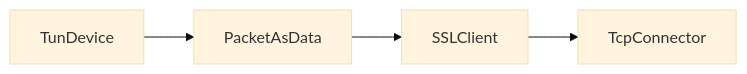
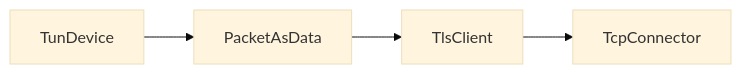
Before and after one commit to bigmoveus/WaterWall-Docs: the first of 8 diagrams in docs/01-getting-started/tutorial-part4.mdx, drawn with Mermaid (base theme). The commit also changed other lines of this file and 3 other files, not shown here.

````diff
--- a/docs/01-getting-started/tutorial-part4.mdx
+++ b/docs/01-getting-started/tutorial-part4.mdx
@@ -75,4 +75,4 @@
 ```mermaid
 flowchart LR;
-    TunDevice --> PacketAsData --> SSLClient --> TcpConnector
+    TunDevice --> PacketAsData --> TlsClient --> TcpConnector
 ```
````
